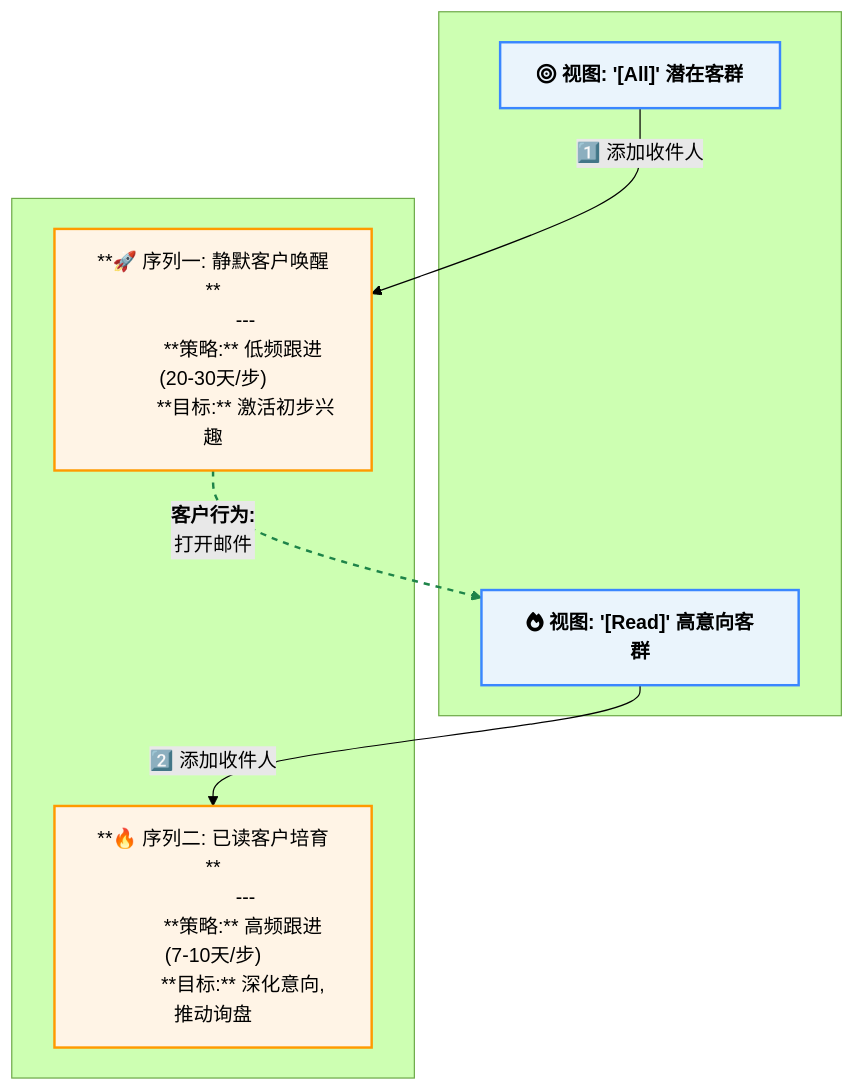
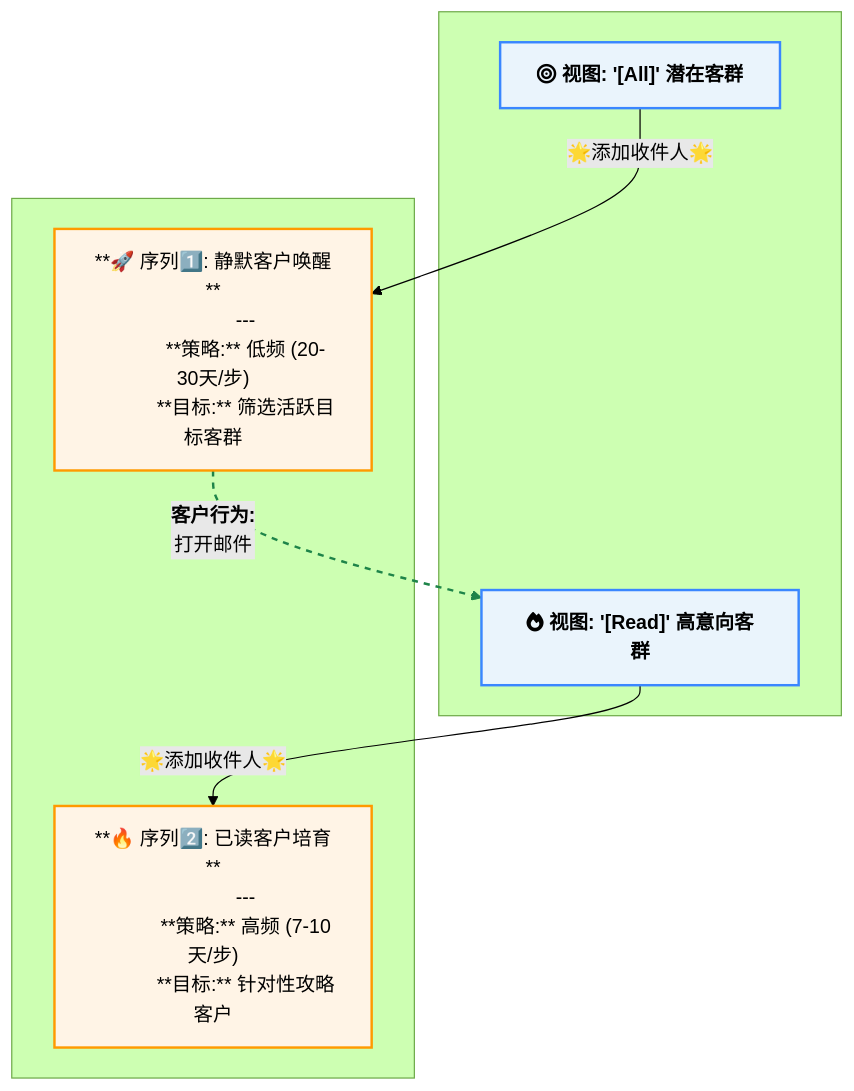
One commit to suxuemi/laifaxin changed the ninth of 12 diagrams in docs/zhinan/customer-management-section.md. Above: the diagram before and after it, drawn with Mermaid (forest theme). The commit also changed other lines of this file, not shown here.

````diff
--- a/docs/zhinan/customer-management-section.md
+++ b/docs/zhinan/customer-management-section.md
@@ -371,37 +368,37 @@
 ```mermaid
 graph TD
     %% 定义样式
     classDef view fill:#eaf4fc,stroke:#3a86ff,stroke-width:2px;
     classDef sequence fill:#fff4e6,stroke:#ff9a00,stroke-width:2px;
 
     %% 定义节点
     subgraph " "
         ViewAll["fa:fa-bullseye <b>视图: '[All]' 潜在客群</b>"]
         ViewRead["fa:fa-fire <b>视图: '[Read]' 高意向客群</b>"]
     end
 
     subgraph " "
         SeqAwaken["
-            **🚀 序列一: 静默客户唤醒**
+            **🚀 序列1️⃣: 静默客户唤醒**
             ---
-            **策略:** 低频跟进 (20-30天/步)
-            **目标:** 激活初步兴趣
+            **策略:** 低频 (20-30天/步)
+            **目标:** 筛选活跃目标客群
         "]
         SeqNurture["
-            **🔥 序列二: 已读客户培育**
+            **🔥 序列2️⃣: 已读客户培育**
             ---
-            **策略:** 高频跟进 (7-10天/步)
-            **目标:** 深化意向, 推动询盘
+            **策略:** 高频 (7-10天/步)
+            **目标:** 针对性攻略客户
         "]
     end
 
     %% 定义流程
-    ViewAll -- "1️⃣ 添加收件人" --> SeqAwaken
+    ViewAll -- "🌟添加收件人🌟" --> SeqAwaken
     SeqAwaken -- "<b>客户行为:</b><br>打开邮件" --> ViewRead
-    ViewRead -- "2️⃣ 添加收件人" --> SeqNurture
+    ViewRead -- "🌟添加收件人🌟" --> SeqNurture
 
     %% 应用样式
     class ViewAll,ViewRead view;
     class SeqAwaken,SeqNurture sequence;
     linkStyle 1 stroke:#1e8449,stroke-width:2px,stroke-dasharray: 5 5;
 ```
````
